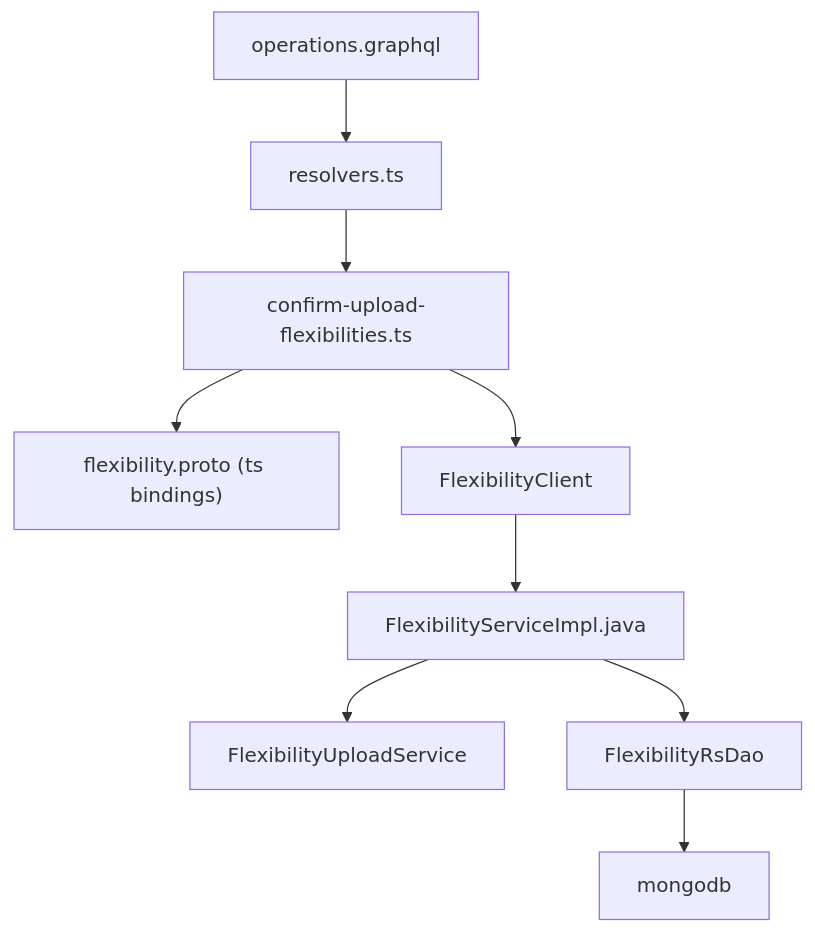
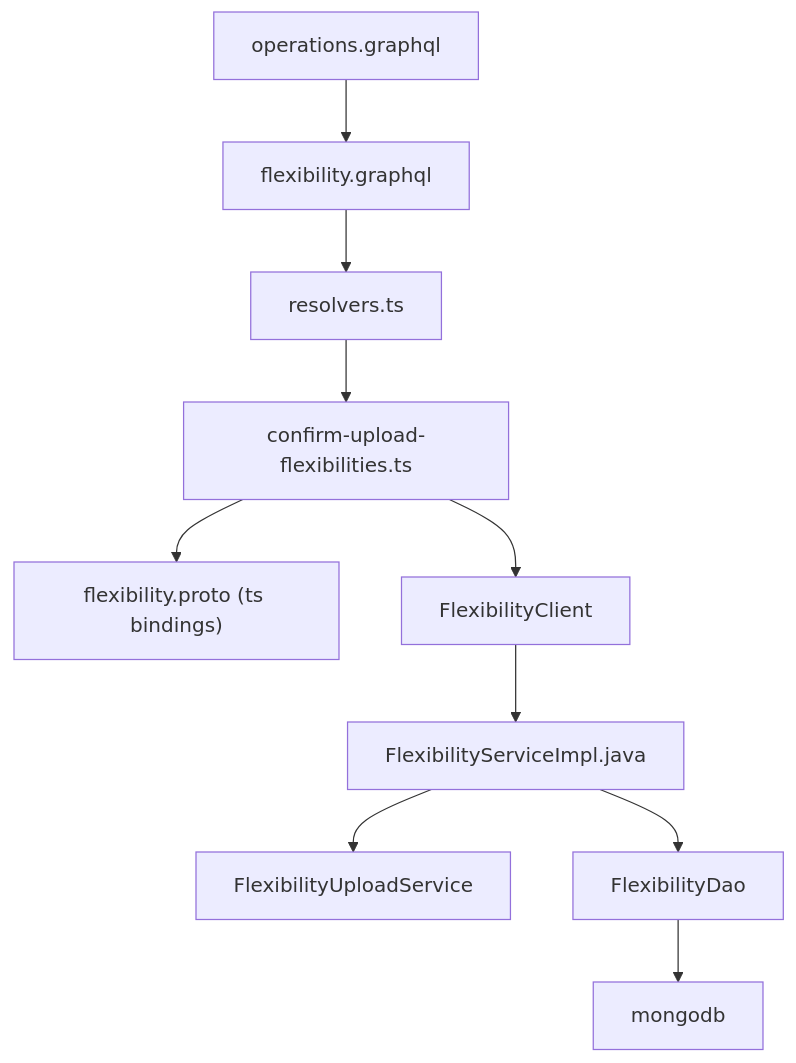
Before and after one commit to sbhrwl/microservices: the second of 3 diagrams in app/usecases/import-flexibilities/confirm-upload/README.md, drawn with Mermaid.

````diff
--- a/app/usecases/import-flexibilities/confirm-upload/README.md
+++ b/app/usecases/import-flexibilities/confirm-upload/README.md
@@ -49,11 +49,12 @@
 ```mermaid
 graph TD
-  A["operations.graphql"] --> B["resolvers.ts"]
-  B --> C["confirm-upload-flexibilities.ts"]
-  C --> D["flexibility.proto (ts bindings)"]
-  C --> E["FlexibilityClient"]
-  E --> F["FlexibilityServiceImpl.java"]
-  F --> G["FlexibilityUploadService"]
-  F --> H["FlexibilityRsDao"]
-  H --> I["mongodb"]
+  A["operations.graphql"] --> B["flexibility.graphql"]
+  B --> C["resolvers.ts"]
+  C --> D["confirm-upload-flexibilities.ts"]
+  D --> E["flexibility.proto (ts bindings)"]
+  D --> F["FlexibilityClient"]
+  F --> G["FlexibilityServiceImpl.java"]
+  G --> H["FlexibilityUploadService"]
+  G --> I["FlexibilityDao"]
+  I --> J["mongodb"]
 ```
````
